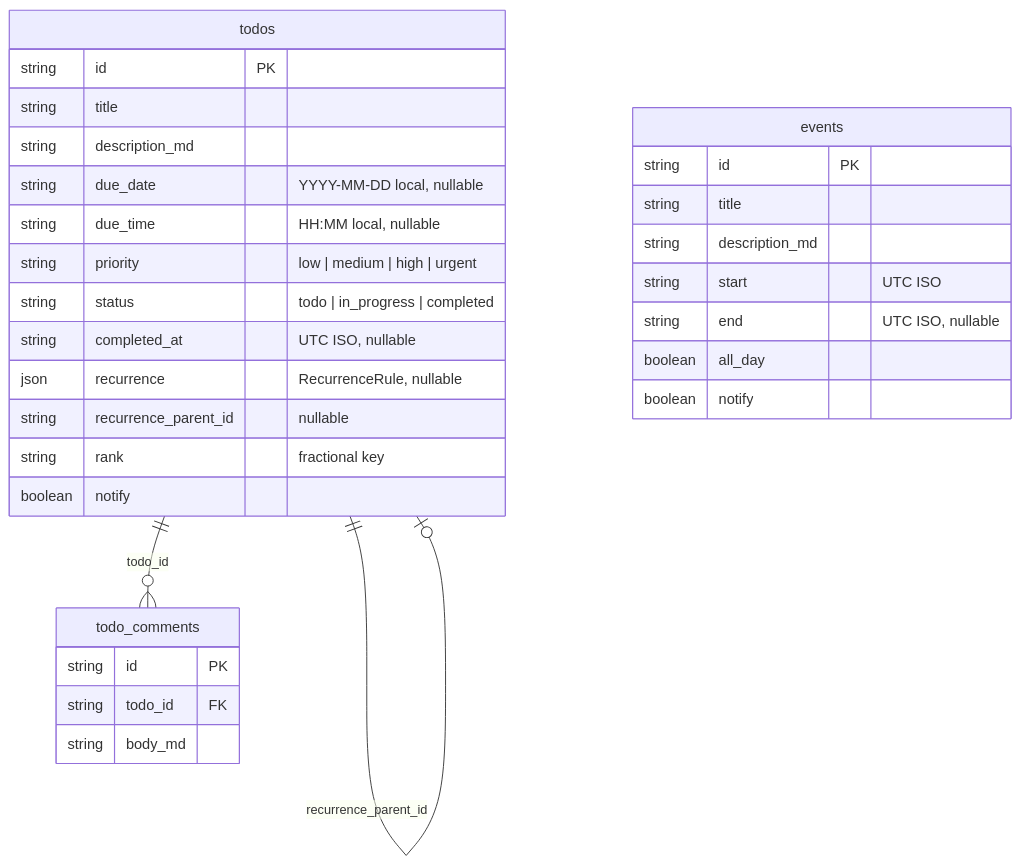
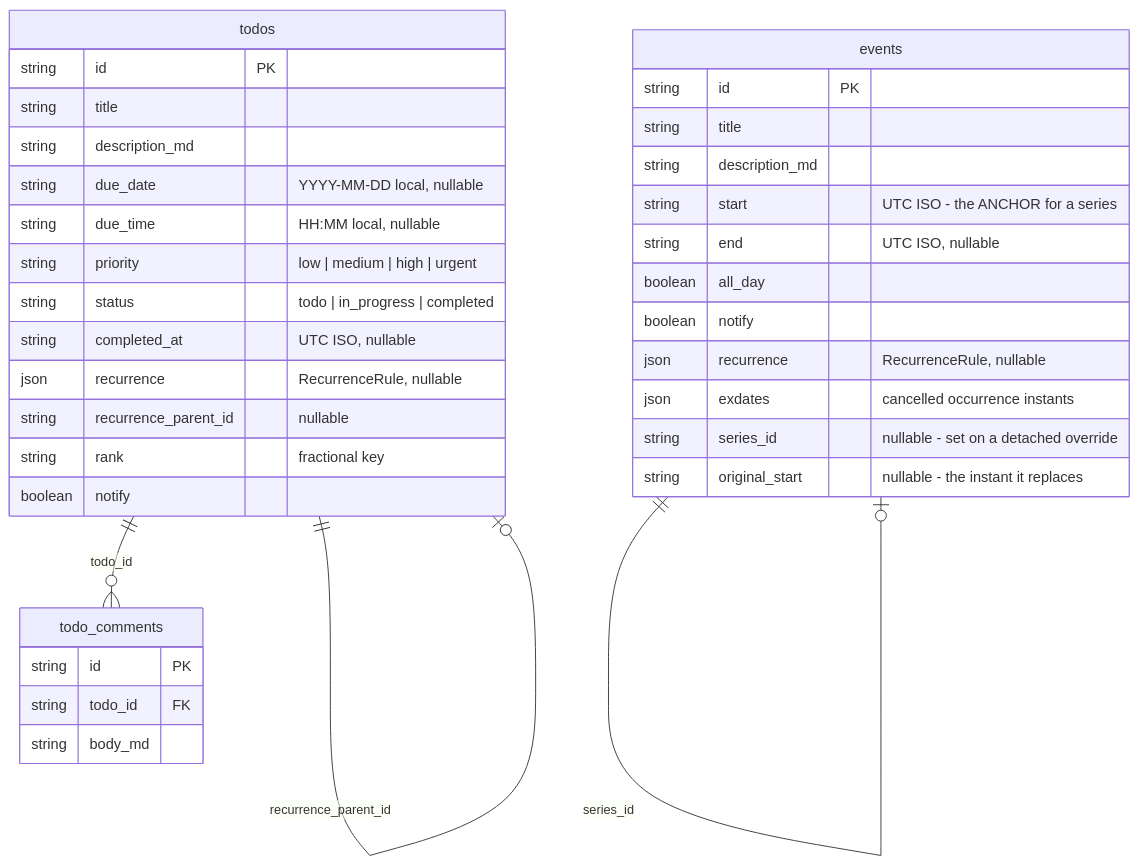
One commit to Kieran-s-Artisnal-Slop-Factory/useful changed the first of 4 diagrams in docs/dev/tools/scheduler.md. Above: the diagram before and after it, drawn with Mermaid. The commit also changed other lines of this file and 44 other files, not shown here.

````diff
--- a/docs/dev/tools/scheduler.md
+++ b/docs/dev/tools/scheduler.md
@@ -24,33 +28,38 @@
 ```mermaid
 erDiagram
     todos ||--o{ todo_comments : "todo_id"
     todos ||--o| todos : "recurrence_parent_id"
     todos {
         string id PK
         string title
         string description_md
         string due_date "YYYY-MM-DD local, nullable"
         string due_time "HH:MM local, nullable"
         string priority "low | medium | high | urgent"
         string status "todo | in_progress | completed"
         string completed_at "UTC ISO, nullable"
         json recurrence "RecurrenceRule, nullable"
         string recurrence_parent_id "nullable"
         string rank "fractional key"
         boolean notify
     }
     todo_comments {
         string id PK
         string todo_id FK
         string body_md
     }
+    events ||--o| events : "series_id"
     events {
         string id PK
         string title
         string description_md
-        string start "UTC ISO"
+        string start "UTC ISO - the ANCHOR for a series"
         string end "UTC ISO, nullable"
         boolean all_day
         boolean notify
+        json recurrence "RecurrenceRule, nullable"
+        json exdates "cancelled occurrence instants"
+        string series_id "nullable - set on a detached override"
+        string original_start "nullable - the instant it replaces"
     }
 ```
````
